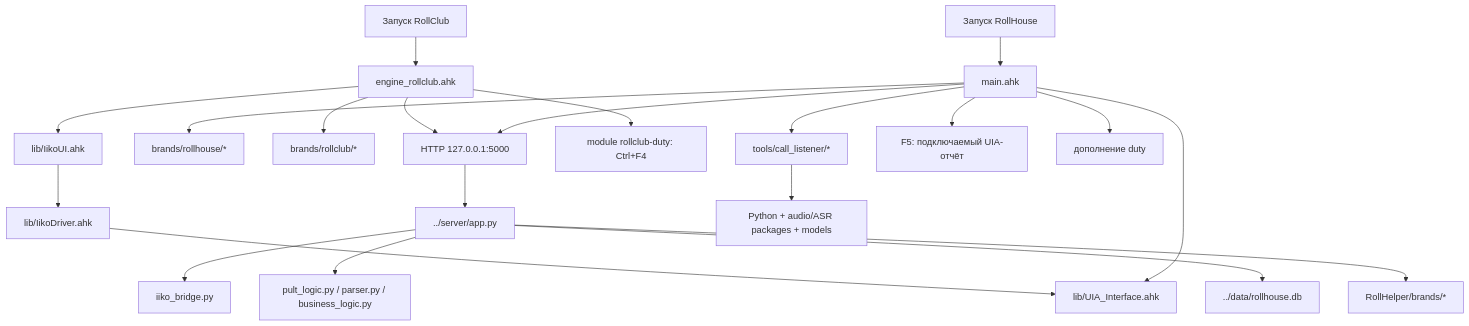
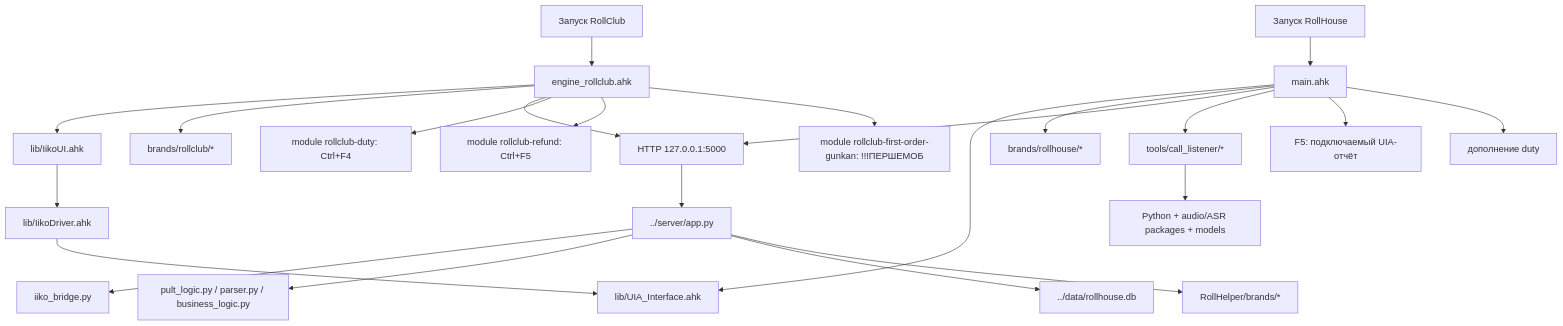
The diagram in docs/ARCHITECTURE_DECOMPOSITION.md (voffkazxc/RollHelper), drawn with Mermaid before and after one commit. The commit also changed other lines of this file and 7 other files, not shown here.

````diff
--- a/docs/ARCHITECTURE_DECOMPOSITION.md
+++ b/docs/ARCHITECTURE_DECOMPOSITION.md
@@ -62,28 +62,30 @@
 ```mermaid
 flowchart TD
     StartRH["Запуск RollHouse"] --> RH["main.ahk"]
     StartRC["Запуск RollClub"] --> RC["engine_rollclub.ahk"]
 
     RH --> UIABase["lib/UIA_Interface.ahk"]
     RC --> IikoUI["lib/IikoUI.ahk"]
     IikoUI --> Driver["lib/IikoDriver.ahk"]
     Driver --> UIABase
 
     RH --> RHConfig["brands/rollhouse/*"]
     RC --> RCConfig["brands/rollclub/*"]
 
     RH --> Http["HTTP 127.0.0.1:5000"]
     RC --> Http
     Http --> Server["../server/app.py"]
     Server --> Bridge["iiko_bridge.py"]
     Server --> Logic["pult_logic.py / parser.py / business_logic.py"]
     Server --> DB["../data/rollhouse.db"]
     Server --> BrandConfigs["RollHelper/brands/*"]
 
     RC --> RCDuty["module rollclub-duty: Ctrl+F4"]
+    RC --> RCRefund["module rollclub-refund: Ctrl+F5"]
+    RC --> RCGunkan["module rollclub-first-order-gunkan: !!!ПЕРШЕМОБ"]
 
     RH --> Calls["tools/call_listener/*"]
     Calls --> PyAudio["Python + audio/ASR packages + models"]
     RH --> Report["F5: подключаемый UIA-отчёт"]
     RH --> Duty["дополнение duty"]
 ```
````
